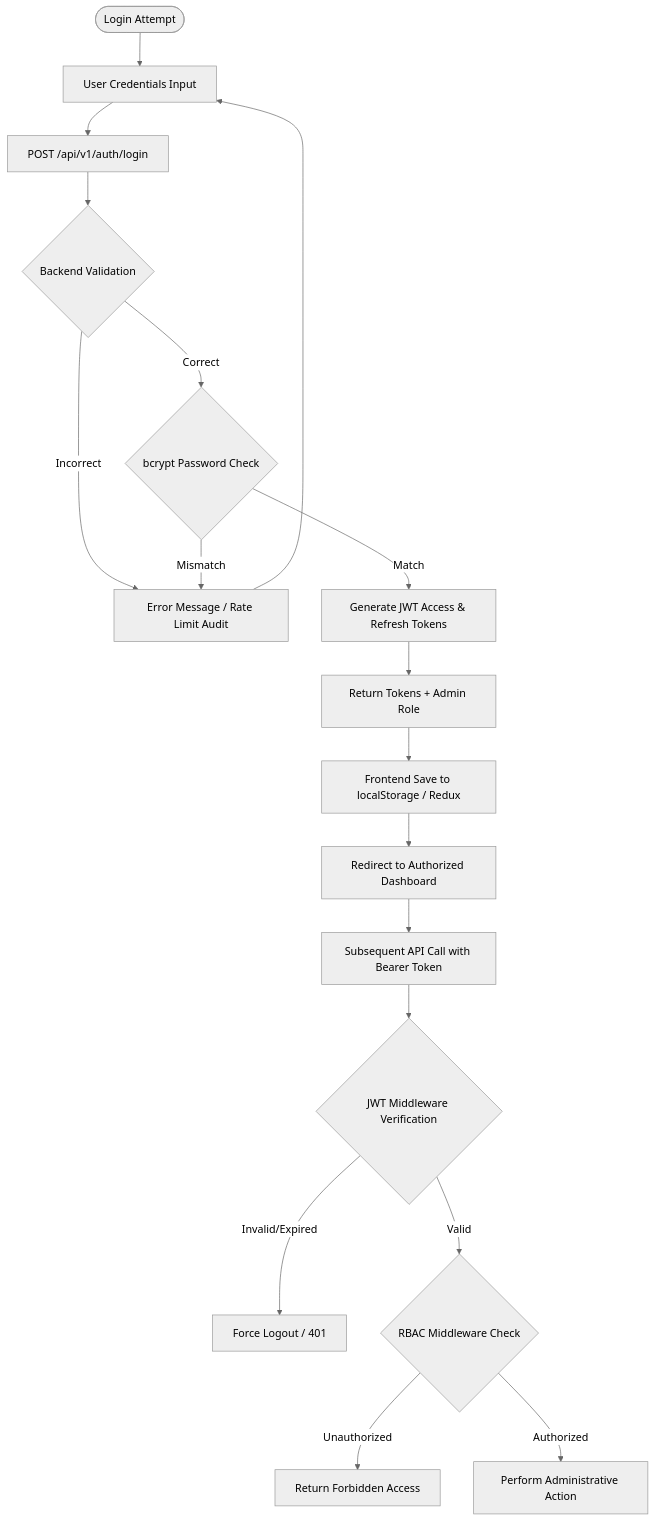
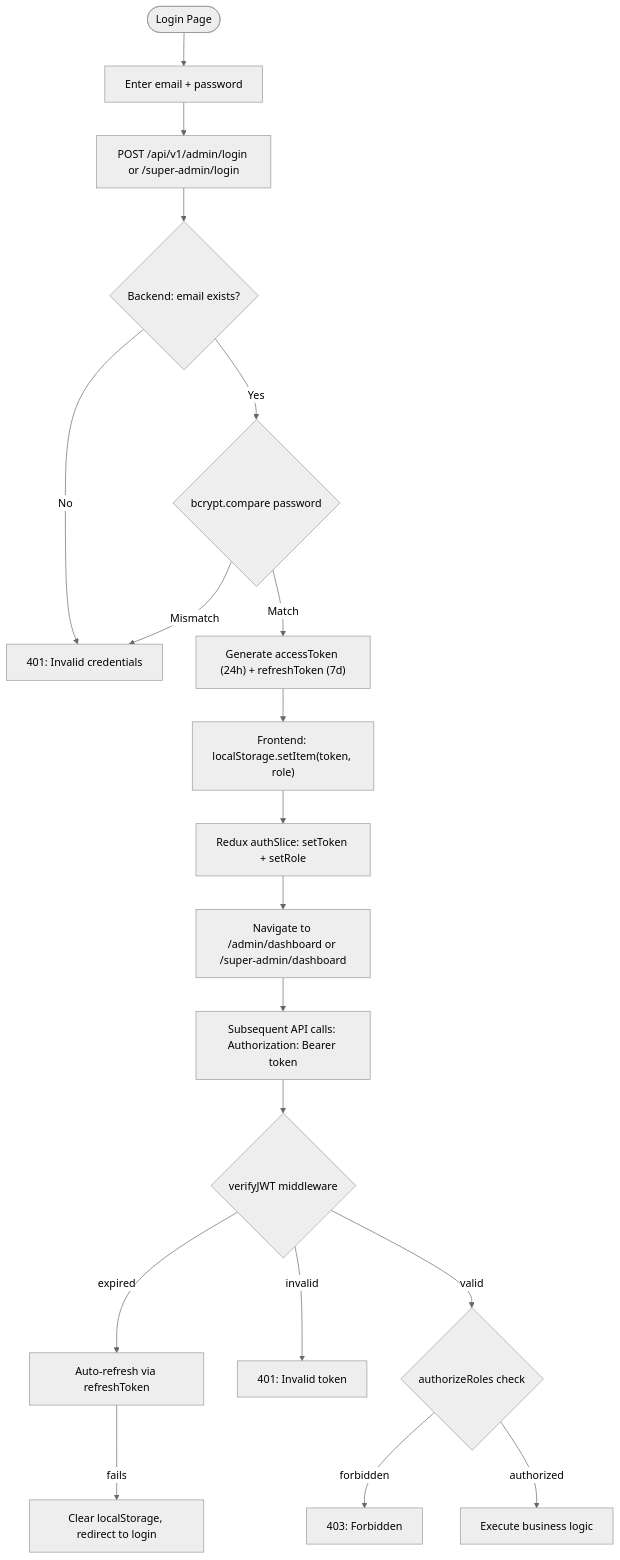
One commit to SAKTHIIIVEL/final_year_prj changed the second of 7 diagrams in final_doc.md. Above: the diagram before and after it, drawn with Mermaid (neutral theme). The commit also changed other lines of this file and 3 other files, not shown here.

````diff
--- a/final_doc.md
+++ b/final_doc.md
@@ -184,20 +582,21 @@
 ```mermaid
 flowchart TD
-    Start([Login Attempt]) --> Input[User Credentials Input]
-    Input --> Request[POST /api/v1/auth/login]
-    Request --> Val{Backend Validation}
-    Val -- "Incorrect" --> Fail[Error Message / Rate Limit Audit]
-    Fail --> Input
-    Val -- "Correct" --> HashCheck{bcrypt Password Check}
-    HashCheck -- "Mismatch" --> Fail
-    HashCheck -- "Match" --> TokenGen[Generate JWT Access & Refresh Tokens]
-    TokenGen --> Response[Return Tokens + Admin Role]
-    Response --> Storage[Frontend Save to localStorage / Redux]
-    Storage --> Dashboard[Redirect to Authorized Dashboard]
-    Dashboard --> AuthRequest[Subsequent API Call with Bearer Token]
-    AuthRequest --> JWTVerify{JWT Middleware Verification}
-    JWTVerify -- "Invalid/Expired" --> Logout[Force Logout / 401]
-    JWTVerify -- "Valid" --> RoleCheck{RBAC Middleware Check}
-    RoleCheck -- "Unauthorized" --> 403[Return Forbidden Access]
-    RoleCheck -- "Authorized" --> Execute[Perform Administrative Action]
+    Start([Login Page]) --> Input[Enter email + password]
+    Input --> Request["POST /api/v1/admin/login or /super-admin/login"]
+    Request --> Validate{Backend: email exists?}
+    Validate -- No --> Err1[401: Invalid credentials]
+    Validate -- Yes --> HashCheck{bcrypt.compare password}
+    HashCheck -- Mismatch --> Err1
+    HashCheck -- Match --> Tokens["Generate accessToken (24h) + refreshToken (7d)"]
+    Tokens --> Store["Frontend: localStorage.setItem(token, role)"]
+    Store --> Redux["Redux authSlice: setToken + setRole"]
+    Redux --> Redirect[Navigate to /admin/dashboard or /super-admin/dashboard]
+    Redirect --> API["Subsequent API calls: Authorization: Bearer token"]
+    API --> JWTMiddleware{verifyJWT middleware}
+    JWTMiddleware -- expired --> Refresh[Auto-refresh via refreshToken]
+    Refresh -- fails --> Logout[Clear localStorage, redirect to login]
+    JWTMiddleware -- invalid --> Err2[401: Invalid token]
+    JWTMiddleware -- valid --> RBAC{authorizeRoles check}
+    RBAC -- forbidden --> Err3[403: Forbidden]
+    RBAC -- authorized --> Controller[Execute business logic]
 ```
````
